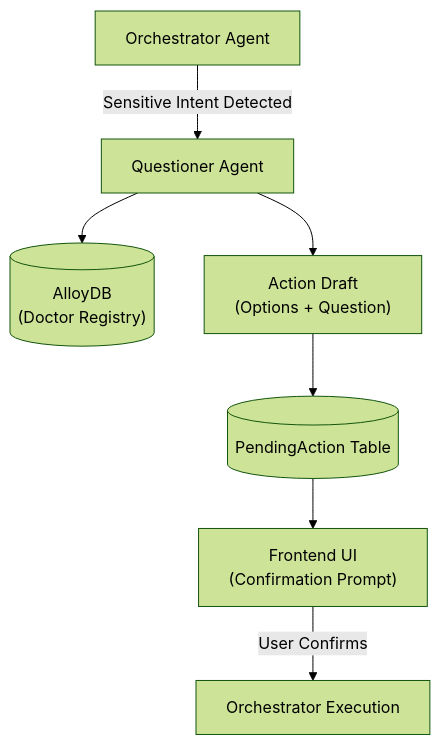
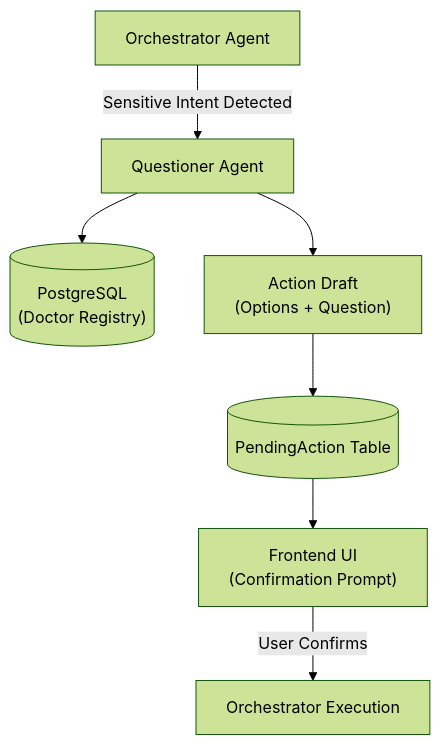
One commit to shreeshbhat04-ctrl/NEXUS-AI- changed the diagram in docs/Agent_Digrams/questioner_agent.md. Above: the diagram before and after it, drawn with Mermaid (forest theme). The commit also changed other lines of this file and 134 other files, not shown here.

````diff
--- a/docs/Agent_Digrams/questioner_agent.md
+++ b/docs/Agent_Digrams/questioner_agent.md
@@ -16,11 +16,11 @@
 ```mermaid
 graph TD
     OA["Orchestrator Agent"] -->|"Sensitive Intent Detected"| QA["Questioner Agent"]
-    QA --> DB[("AlloyDB<br/>(Doctor Registry)")]
+    QA --> DB[("PostgreSQL<br/>(Doctor Registry)")]
     
     QA --> DRAFT["Action Draft<br/>(Options + Question)"]
     DRAFT --> PA[("PendingAction Table")]
     
     PA --> UI["Frontend UI<br/>(Confirmation Prompt)"]
     UI -->|"User Confirms"| OA2["Orchestrator Execution"]
 ```
````
